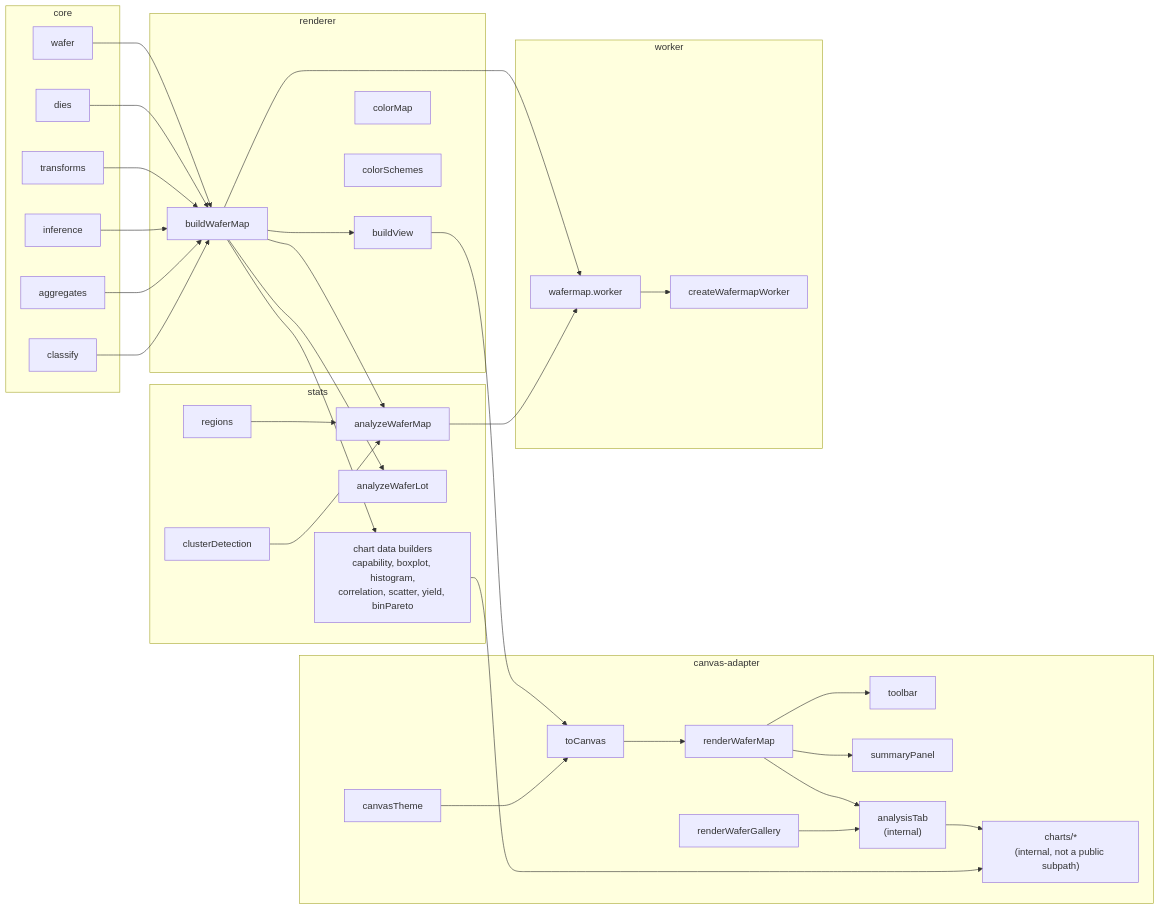
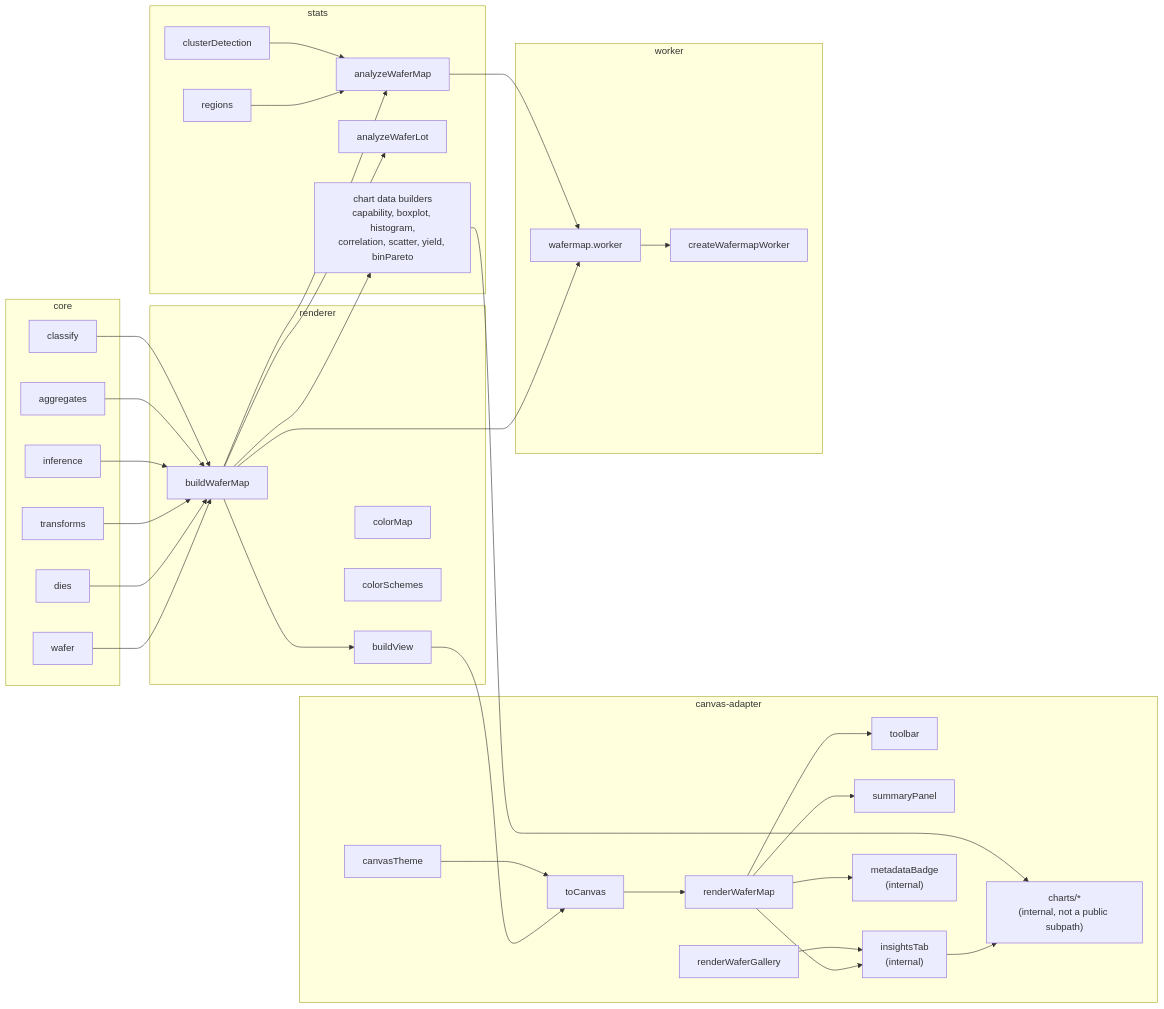
Before and after one commit to wafertools/wafermap: the second of 5 diagrams in docs/architecture.md, drawn with Mermaid. The commit also changed other lines of this file and 79 other files, not shown here.

````diff
--- a/docs/architecture.md
+++ b/docs/architecture.md
@@ -57,70 +57,72 @@
 ```mermaid
 graph LR
     subgraph Core[core]
         core1["wafer"]
         core2["dies"]
         core3["transforms"]
         core4["inference"]
         core5["aggregates"]
         core6["classify"]
     end
 
     subgraph Renderer[renderer]
         r1["buildWaferMap"]
         r2["buildView"]
         r3["colorMap"]
         r4["colorSchemes"]
     end
 
     subgraph Canvas[canvas-adapter]
         c1["renderWaferMap"]
         c2["renderWaferGallery"]
         c3["toCanvas"]
         c4["toolbar"]
         c5["summaryPanel"]
         c6["canvasTheme"]
-        c7["analysisTab<br/>(internal)"]
+        c7["insightsTab<br/>(internal)"]
         c8["charts/*<br/>(internal, not a public subpath)"]
+        c9["metadataBadge<br/>(internal)"]
     end
 
     subgraph Stats[stats]
         s1["analyzeWaferMap"]
         s2["analyzeWaferLot"]
         s3["regions"]
         s4["clusterDetection"]
         s5["chart data builders<br/>capability, boxplot, histogram,<br/>correlation, scatter, yield, binPareto"]
     end
 
     subgraph Worker[worker]
         w1["wafermap.worker"]
         w2["createWafermapWorker"]
     end
 
     core1 --> r1
     core2 --> r1
     core3 --> r1
     core4 --> r1
     core5 --> r1
     core6 --> r1
 
     r1 --> r2
     r2 --> c3
     c6 --> c3
     c3 --> c1
     c1 --> c4
     c1 --> c5
     c1 --> c7
     c2 --> c7
     c7 --> c8
     s5 --> c8
+    c1 --> c9
 
     r1 --> s1
     r1 --> s2
     r1 --> s5
     s3 --> s1
     s4 --> s1
 
     r1 --> w1
     s1 --> w1
     w1 --> w2
 ```
````
